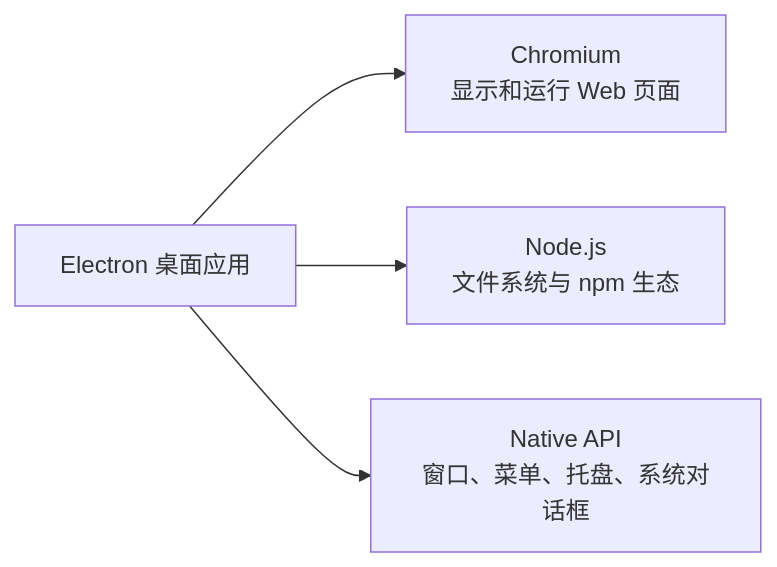
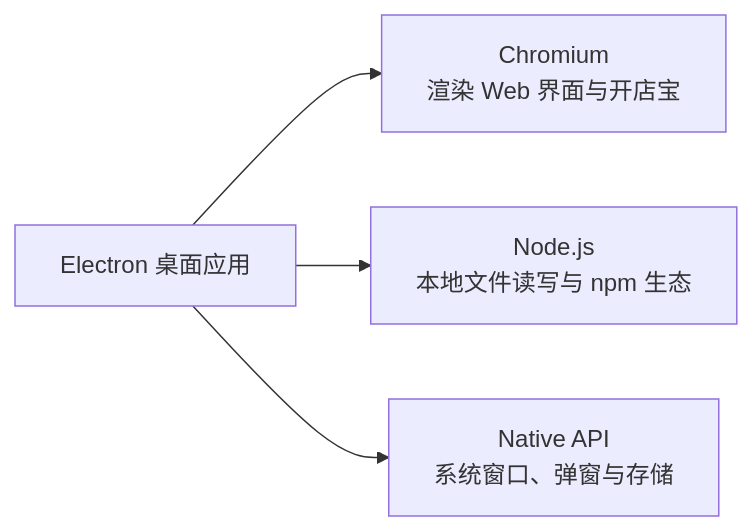
Before and after one commit to yyxTheOracle/MyBlog: the first of 13 diagrams in source/_posts/2025-09-14-electron-tiangong.md, drawn with Mermaid. The commit also changed other lines of this file, not shown here.

````diff
--- a/source/_posts/2025-09-14-electron-tiangong.md
+++ b/source/_posts/2025-09-14-electron-tiangong.md
@@ -68,6 +45,6 @@
 ```mermaid
 flowchart LR
-    E["Electron 桌面应用"] --> C["Chromium<br/>显示和运行 Web 页面"]
-    E --> N["Node.js<br/>文件系统与 npm 生态"]
-    E --> A["Native API<br/>窗口、菜单、托盘、系统对话框"]
+    E["Electron 桌面应用"] --> C["Chromium<br/>渲染 Web 界面与开店宝"]
+    E --> N["Node.js<br/>本地文件读写与 npm 生态"]
+    E --> A["Native API<br/>系统窗口、弹窗与存储"]
 ```
````
